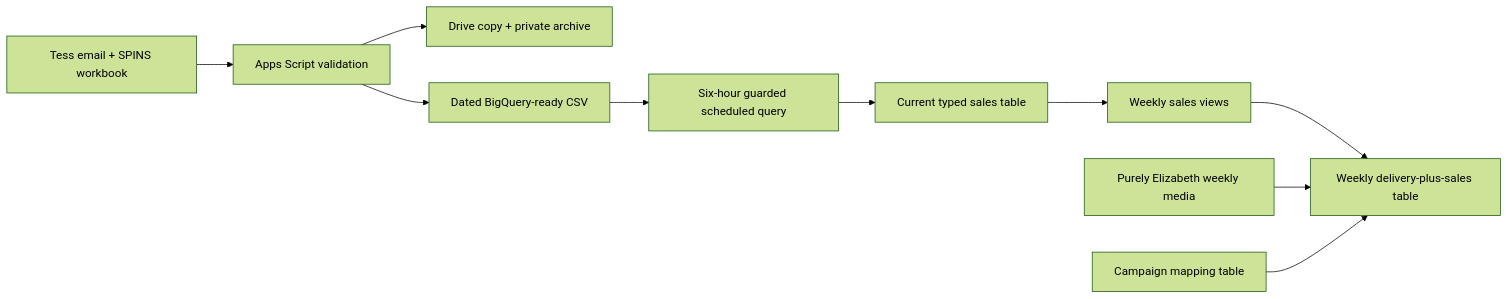
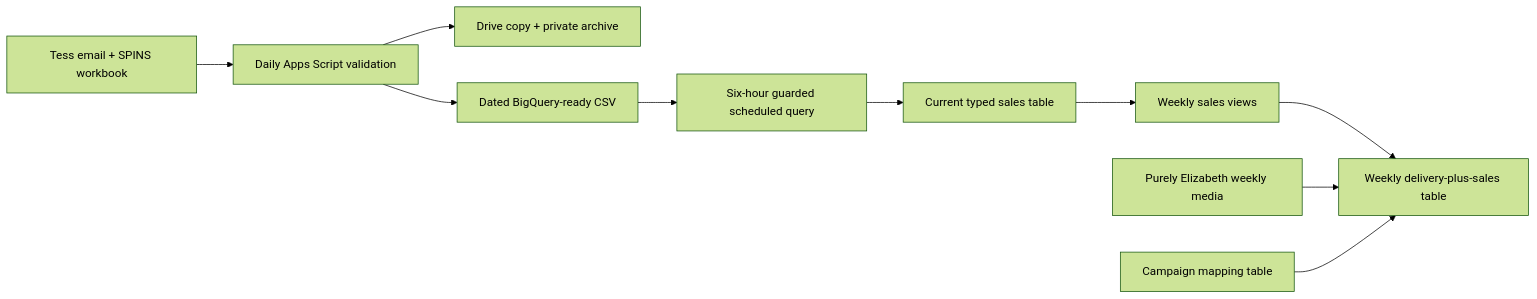
Before and after one commit to genetsen/looker_personal: the diagram in purely_elizabeth/README.md, drawn with Mermaid (forest theme). The commit also changed other lines of this file and 1 other file, not shown here.

First line of the commit message:
Document daily Purely Elizabeth sales pickup and reporting checks

````diff
--- a/purely_elizabeth/README.md
+++ b/purely_elizabeth/README.md
@@ -21,12 +48,12 @@
 ```mermaid
 flowchart LR
-  A["Tess email + SPINS workbook"] --> B["Apps Script validation"]
+  A["Tess email + SPINS workbook"] --> B["Daily Apps Script validation"]
   B --> C["Drive copy + private archive"]
   B --> D["Dated BigQuery-ready CSV"]
   D --> E["Six-hour guarded scheduled query"]
   E --> F["Current typed sales table"]
   F --> G["Weekly sales views"]
   G --> H["Weekly delivery-plus-sales table"]
   I["Purely Elizabeth weekly media"] --> H
   J["Campaign mapping table"] --> H
 ```
````
